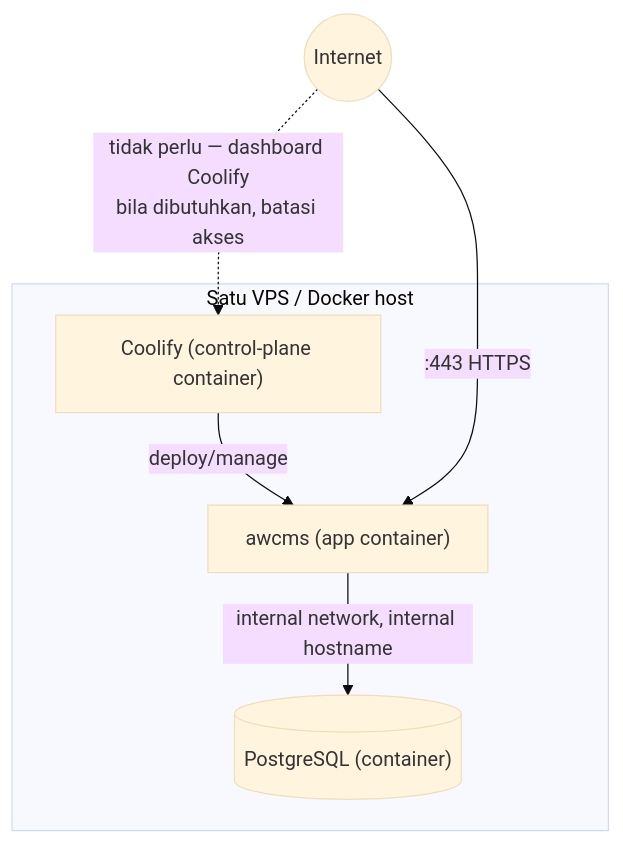
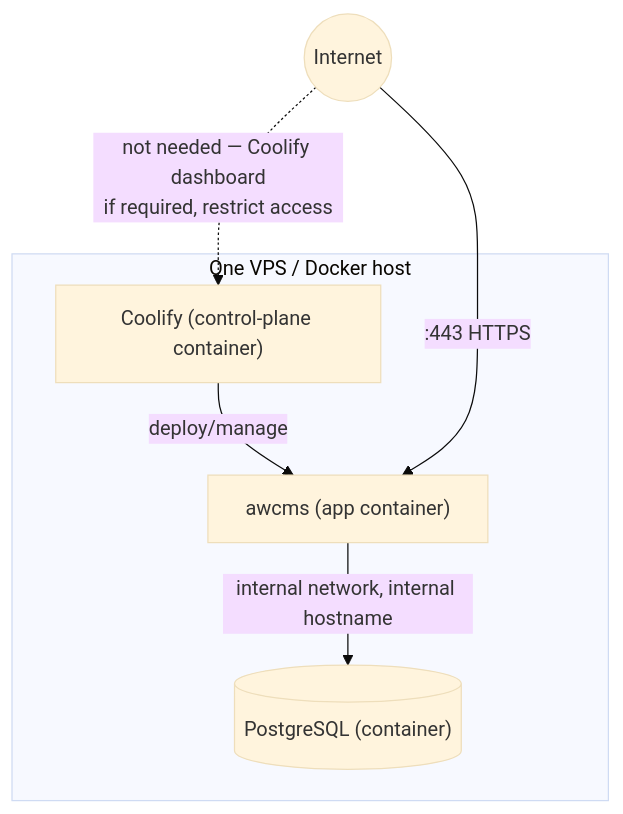
Before and after one commit to ahliweb/awcms: the first of 2 diagrams in docs/awcms/deploy-coolify.md, drawn with Mermaid (base theme). The commit also changed other lines of this file and 603 other files, not shown here.

````diff
--- a/docs/awcms/deploy-coolify.md
+++ b/docs/awcms/deploy-coolify.md
@@ -80,12 +81,12 @@
 ```mermaid
 flowchart TB
-  subgraph VPS["Satu VPS / Docker host"]
+  subgraph VPS["One VPS / Docker host"]
     Coolify["Coolify (control-plane container)"]
     App["awcms (app container)"]
     DB[("PostgreSQL (container)")]
     Coolify -->|deploy/manage| App
     App -->|internal network, internal hostname| DB
   end
   Internet(("Internet")) -->|":443 HTTPS"| App
-  Internet -.->|"tidak perlu — dashboard Coolify\nbila dibutuhkan, batasi akses"| Coolify
+  Internet -.->|"not needed — Coolify dashboard\nif required, restrict access"| Coolify
 ```
````
